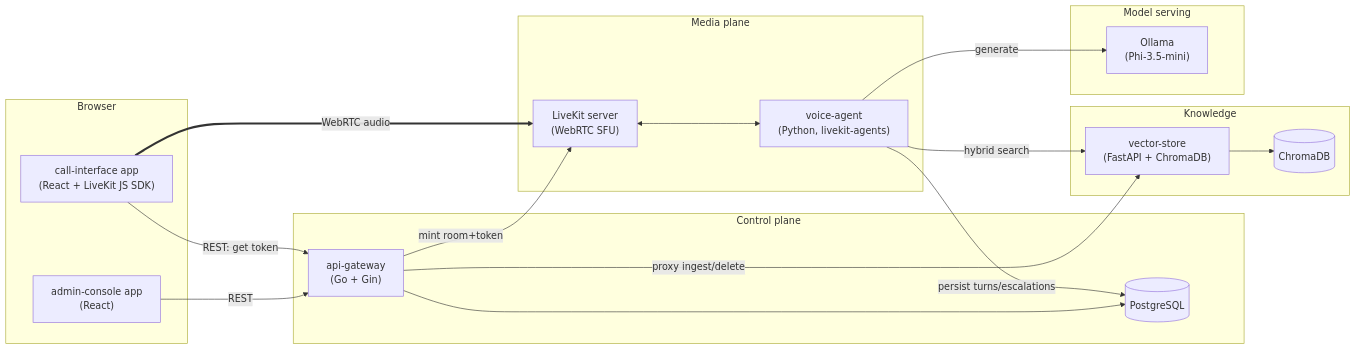
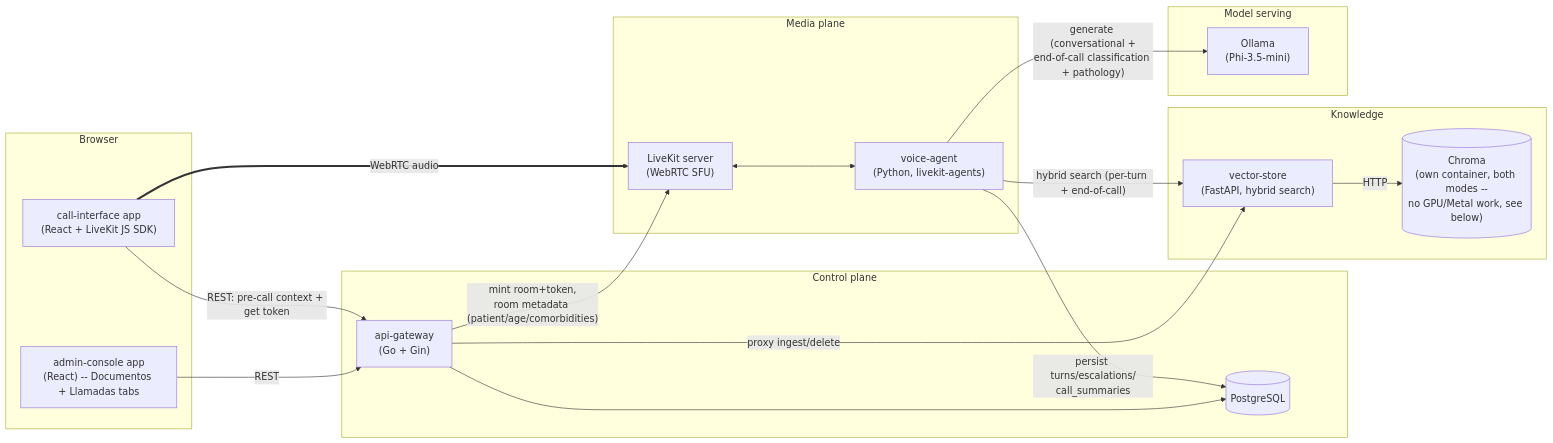
The diagram in docs/architecture.md (sebasarango1180/techsphere2026-challenge), drawn with Mermaid before and after one commit. The commit also changed other lines of this file and 20 other files, not shown here.

````diff
--- a/docs/architecture.md
+++ b/docs/architecture.md
@@ -11,38 +11,38 @@
 ```mermaid
 flowchart LR
     subgraph Browser
-        Console["admin-console app\n(React)"]
+        Console["admin-console app\n(React) -- Documentos + Llamadas tabs"]
         CallUI["call-interface app\n(React + LiveKit JS SDK)"]
     end
 
     subgraph ControlPlane["Control plane"]
         Gateway["api-gateway\n(Go + Gin)"]
         PG[(PostgreSQL)]
     end
 
     subgraph MediaPlane["Media plane"]
         LK["LiveKit server\n(WebRTC SFU)"]
         Agent["voice-agent\n(Python, livekit-agents)"]
     end
 
     subgraph Knowledge["Knowledge"]
-        VStore["vector-store\n(FastAPI + ChromaDB)"]
-        Chroma[(ChromaDB)]
+        VStore["vector-store\n(FastAPI, hybrid search)"]
+        Chroma[("Chroma\n(own container, both modes --\nno GPU/Metal work, see below)")]
     end
 
     subgraph Models["Model serving"]
         Ollama["Ollama\n(Phi-3.5-mini)"]
     end
 
     Console -- REST --> Gateway
-    CallUI -- "REST: get token" --> Gateway
+    CallUI -- "REST: pre-call context + get token" --> Gateway
     CallUI == WebRTC audio ==> LK
-    Gateway -- "mint room+token" --> LK
+    Gateway -- "mint room+token,\nroom metadata (patient/age/comorbidities)" --> LK
     Gateway --> PG
     LK <--> Agent
-    Agent -- "hybrid search" --> VStore
-    Agent -- "generate" --> Ollama
-    Agent -- "persist turns/escalations" --> PG
-    VStore --> Chroma
+    Agent -- "hybrid search (per-turn + end-of-call)" --> VStore
+    Agent -- "generate (conversational +\nend-of-call classification + pathology)" --> Ollama
+    Agent -- "persist turns/escalations/\ncall_summaries" --> PG
+    VStore -- "HTTP" --> Chroma
     Gateway -- "proxy ingest/delete" --> VStore
 ```
````
